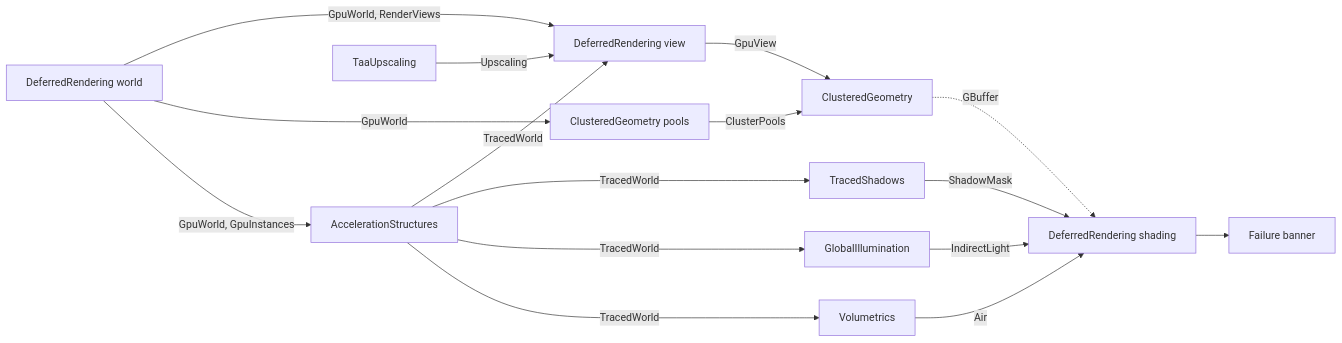
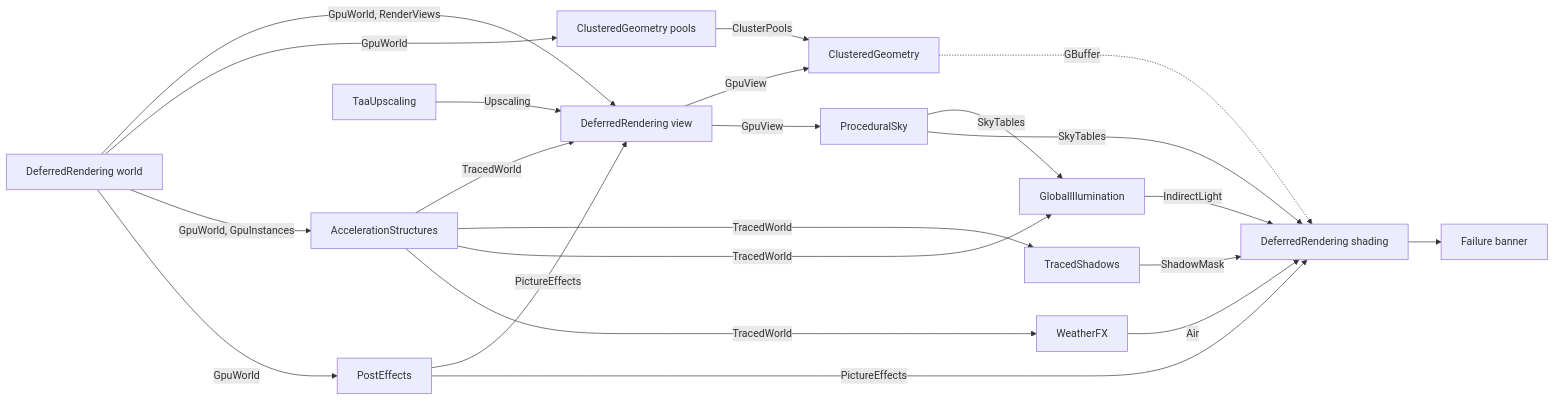
The diagram in docs/RENDERING.md (Konfus-org/Magic), drawn with Mermaid before and after one commit. The commit also changed other lines of this file and 178 other files, not shown here.

First line of the commit message:
feat: make the sky and the post effects gems of their own, run systems on many threads, and add the cabin

````diff
--- a/docs/RENDERING.md
+++ b/docs/RENDERING.md
@@ -11,18 +11,24 @@
 ```mermaid
 flowchart LR
     World[DeferredRendering world] -- GpuWorld, RenderViews --> View[DeferredRendering view]
     World -- GpuWorld --> Pools[ClusteredGeometry pools]
     World -- GpuWorld, GpuInstances --> Accel[AccelerationStructures]
+    World -- GpuWorld --> Post[PostEffects]
     Taa[TaaUpscaling] -- Upscaling --> View
+    Post -- PictureEffects --> View
     Accel -- TracedWorld --> View
     View -- GpuView --> Clusters[ClusteredGeometry]
+    View -- GpuView --> Sky[ProceduralSky]
+    Sky -- SkyTables --> GI
+    Sky -- SkyTables --> Shading
     Pools -- ClusterPools --> Clusters
     Accel -- TracedWorld --> Shadows[TracedShadows]
     Accel -- TracedWorld --> GI[GlobalIllumination]
-    Accel -- TracedWorld --> Vol[Volumetrics]
+    Accel -- TracedWorld --> Vol[WeatherFX]
     Shadows -- ShadowMask --> Shading[DeferredRendering shading]
     GI -- IndirectLight --> Shading
     Vol -- Air --> Shading
+    Post -- PictureEffects --> Shading
     Clusters -. GBuffer .-> Shading
     Shading --> Banner[Failure banner]
 ```
````
